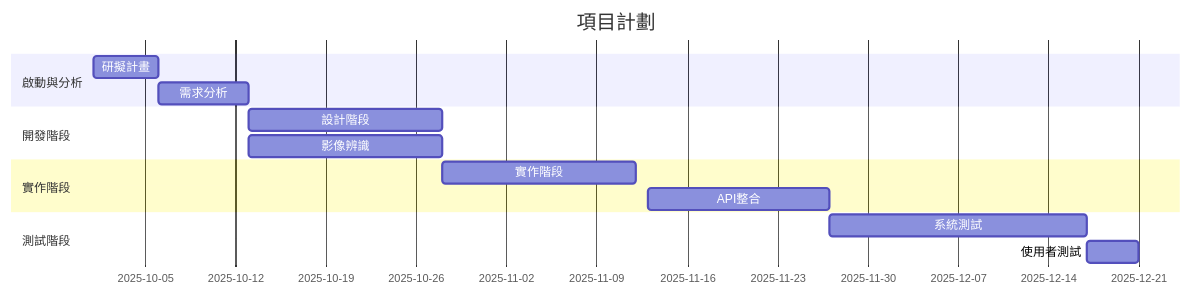
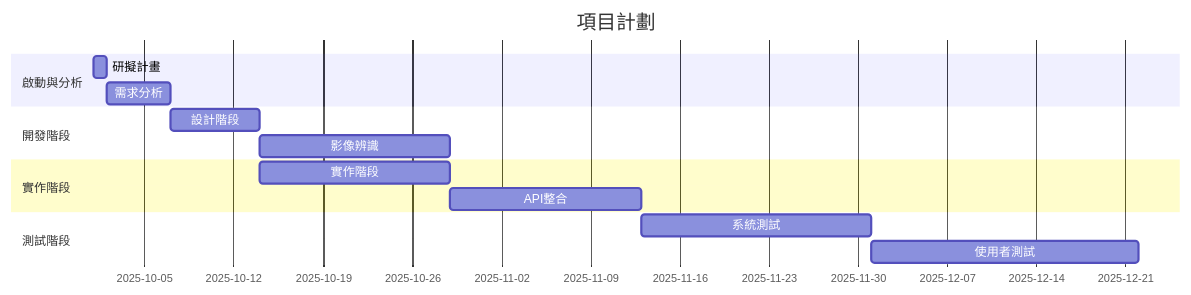
Before and after one commit to kyw012/team-project: the first of 2 diagrams in group_work2.md, drawn with Mermaid. The commit also changed other lines of this file, not shown here.

````diff
--- a/group_work2.md
+++ b/group_work2.md
@@ -15,17 +15,17 @@
 ```mermaid
 gantt
     title 項目計劃
     dateFormat  YYYY-MM-DD
     section 啟動與分析
-    研擬計畫         :2025-10-01, 5d
-    需求分析         :2025-10-06, 7d
+    研擬計畫         :2025-10-01, 1d
+    需求分析         :2025-10-02, 5d
     section 開發階段
-    設計階段         :2025-10-13, 15d
-    影像辨識         :2025-10-13, 15d
+    設計階段         :2025-10-7, 7d
+    影像辨識         :2025-10-14, 15d
     section 實作階段
-    實作階段         :2025-10-28, 15d
-    API整合         :2025-11-13, 14d
+    實作階段         :2025-10-14, 15d
+    API整合         :2025-10-29, 15d
     section 測試階段
-    系統測試           :2025-11-27, 20d
-    使用者測試         :2025-12-17, 4d
+    系統測試           :2025-11-13, 18d
+    使用者測試         :2025-12-01, 21d
 ```
````
